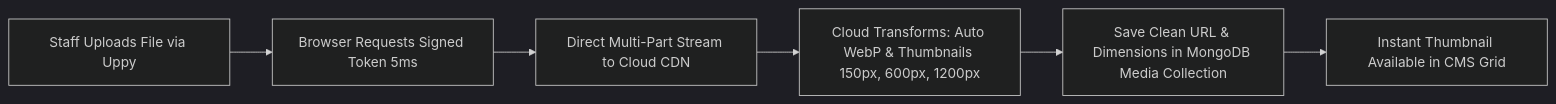
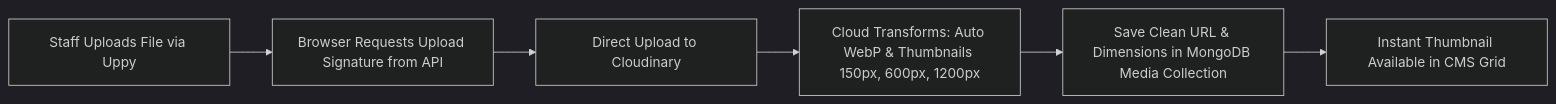
The second of 2 diagrams in STEMOTICS_R&D_Documentation/DOC/Phase-03-CMS-Architecture.md (sohailamir06/STEMOTICS-Website-CMS), drawn with Mermaid (dark theme) before and after one commit. The commit also changed other lines of this file and 12 other files, not shown here.

````diff
--- a/STEMOTICS_R&D_Documentation/DOC/Phase-03-CMS-Architecture.md
+++ b/STEMOTICS_R&D_Documentation/DOC/Phase-03-CMS-Architecture.md
@@ -92,8 +96,8 @@
 ```mermaid
 graph LR
-    A[Staff Uploads File via Uppy] --> B[Browser Requests Signed Token 5ms]
-    B --> C[Direct Multi-Part Stream to Cloud CDN]
+    A[Staff Uploads File via Uppy] --> B[Browser Requests Upload Signature from API]
+    B --> C[Direct Upload to Cloudinary]
     C --> D[Cloud Transforms: Auto WebP & Thumbnails 150px, 600px, 1200px]
     D --> E[Save Clean URL & Dimensions in MongoDB Media Collection]
     E --> F[Instant Thumbnail Available in CMS Grid]
 ```
````
